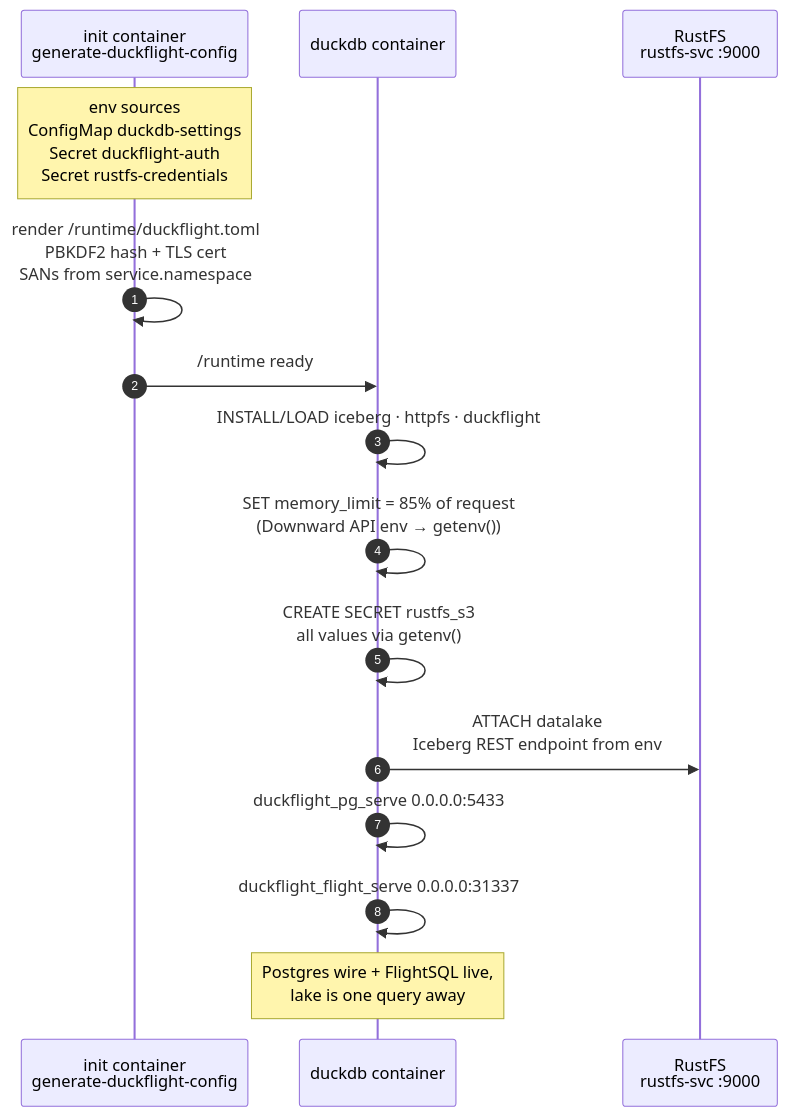
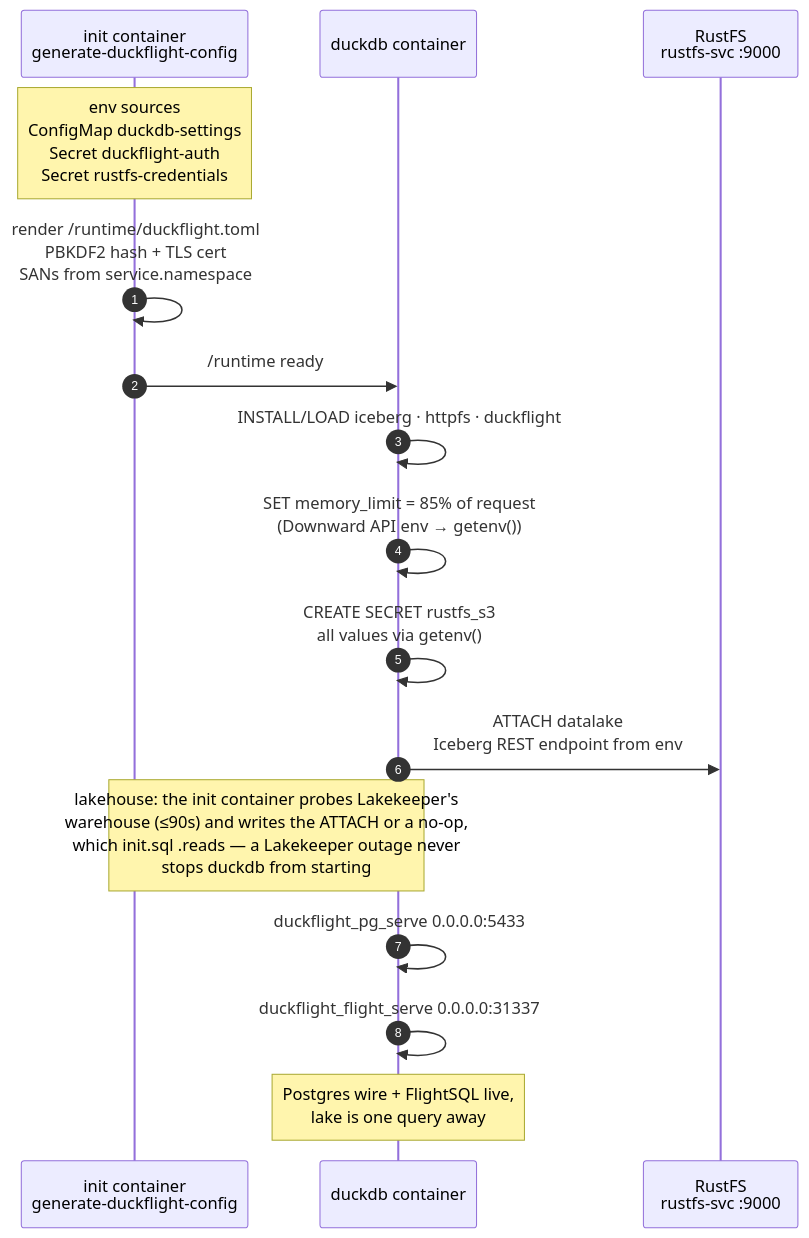
The second of 3 diagrams in README.md (daun-gatal/analytics), drawn with Mermaid before and after one commit. The commit also changed other lines of this file and 4 other files, not shown here.

First line of the commit message:
feat: query the Lakekeeper `lakehouse` catalog from DuckDB and Metabase

````diff
--- a/README.md
+++ b/README.md
@@ -84,18 +84,19 @@
 ```mermaid
 sequenceDiagram
     autonumber
     participant INIT as init container<br/>generate-duckflight-config
     participant DUCK as duckdb container
     participant RFS as RustFS<br/>rustfs-svc :9000
 
     Note over INIT: env sources<br/>ConfigMap duckdb-settings<br/>Secret duckflight-auth<br/>Secret rustfs-credentials
     INIT->>INIT: render /runtime/duckflight.toml<br/>PBKDF2 hash + TLS cert<br/>SANs from service.namespace
     INIT->>DUCK: /runtime ready
     DUCK->>DUCK: INSTALL/LOAD iceberg · httpfs · duckflight
     DUCK->>DUCK: SET memory_limit = 85% of request<br/>(Downward API env → getenv())
     DUCK->>DUCK: CREATE SECRET rustfs_s3<br/>all values via getenv()
     DUCK->>RFS: ATTACH datalake<br/>Iceberg REST endpoint from env
+    Note over INIT,DUCK: lakehouse: the init container probes Lakekeeper's<br/>warehouse (≤90s) and writes the ATTACH or a no-op,<br/>which init.sql .reads — a Lakekeeper outage never<br/>stops duckdb from starting
     DUCK->>DUCK: duckflight_pg_serve 0.0.0.0:5433
     DUCK->>DUCK: duckflight_flight_serve 0.0.0.0:31337
     Note over DUCK: Postgres wire + FlightSQL live,<br/>lake is one query away
 ```
````
